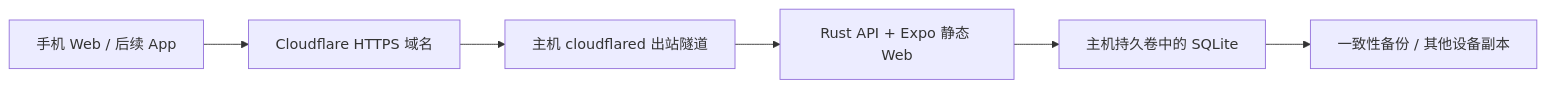
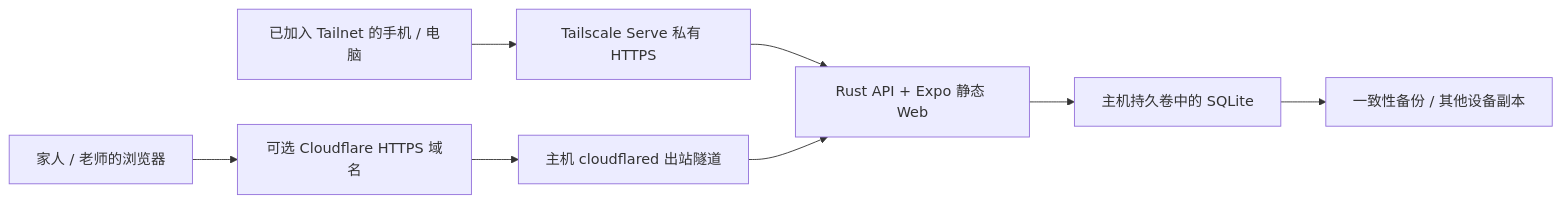
Before and after one commit to q9good/skarmar: the diagram in docs/host-deployment.md, drawn with Mermaid. The commit also changed other lines of this file and 26 other files, not shown here.

````diff
--- a/docs/host-deployment.md
+++ b/docs/host-deployment.md
@@ -7,8 +7,10 @@
 ```mermaid
 flowchart LR
-    Phone[手机 Web / 后续 App] --> HTTPS[Cloudflare HTTPS 域名]
+    Private[已加入 Tailnet 的手机 / 电脑] --> Serve[Tailscale Serve 私有 HTTPS]
+    Serve --> App
+    Phone[家人 / 老师的浏览器] --> HTTPS[可选 Cloudflare HTTPS 域名]
     HTTPS --> Tunnel[主机 cloudflared 出站隧道]
     Tunnel --> App[Rust API + Expo 静态 Web]
     App --> DB[主机持久卷中的 SQLite]
     DB --> Backup[一致性备份 / 其他设备副本]
 ```
````
